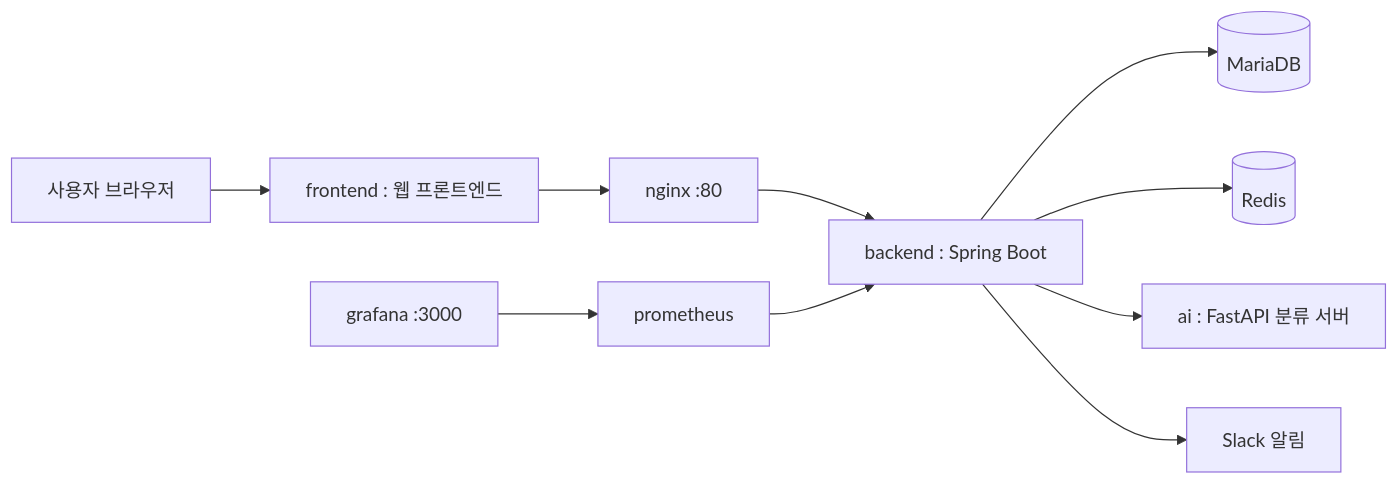
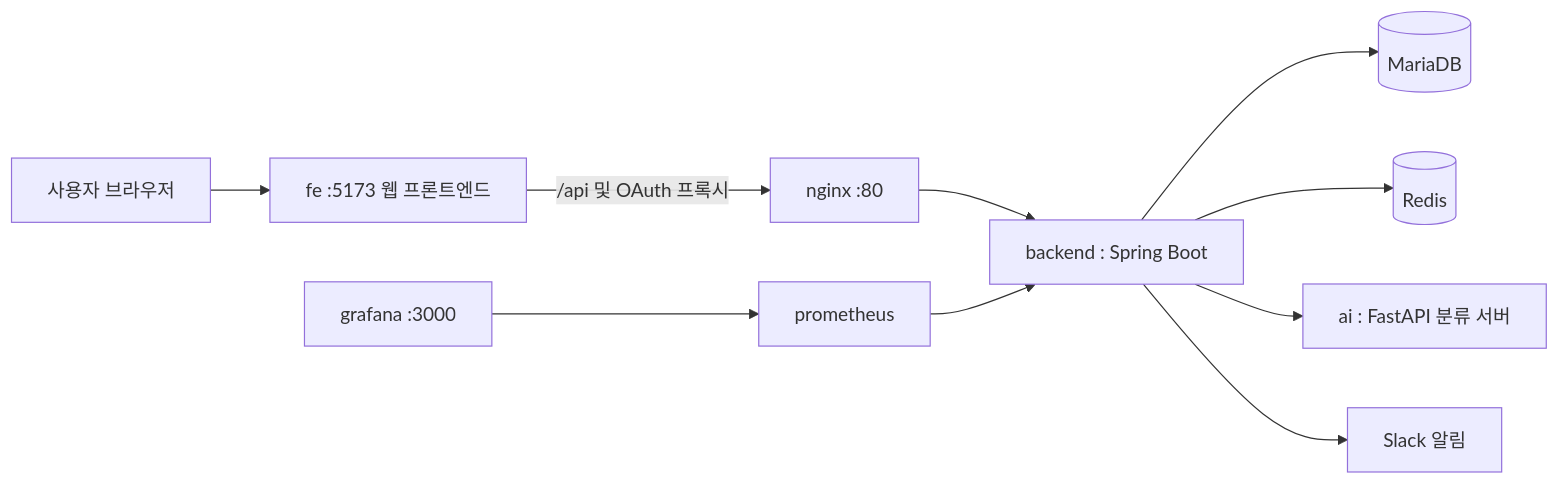
One commit to farmer0010/ft_transcendence changed the diagram in README.md. Above: the diagram before and after it, drawn with Mermaid. The commit also changed other lines of this file and 149 other files, not shown here.

````diff
--- a/README.md
+++ b/README.md
@@ -111,12 +137,12 @@
 ```mermaid
 flowchart LR
-    User[사용자 브라우저] --> Frontend[frontend : 웹 프론트엔드]
-    Frontend --> Nginx[nginx :80]
+    User[사용자 브라우저] --> Frontend[fe :5173 웹 프론트엔드]
+    Frontend -->|/api 및 OAuth 프록시| Nginx[nginx :80]
     Nginx --> Backend[backend : Spring Boot]
     Backend --> MariaDB[(MariaDB)]
     Backend --> Redis[(Redis)]
     Backend --> AI[ai : FastAPI 분류 서버]
     Backend --> Slack[Slack 알림]
     Prometheus[prometheus] --> Backend
     Grafana[grafana :3000] --> Prometheus
 ```
````
